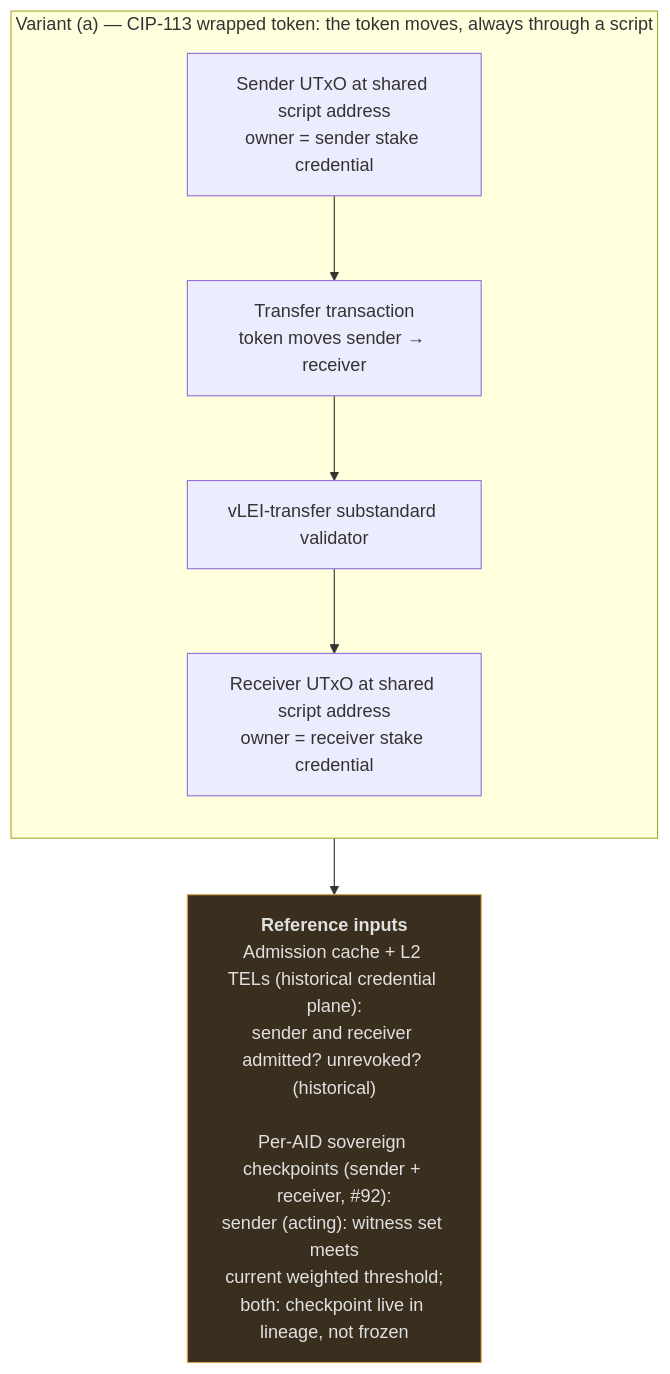
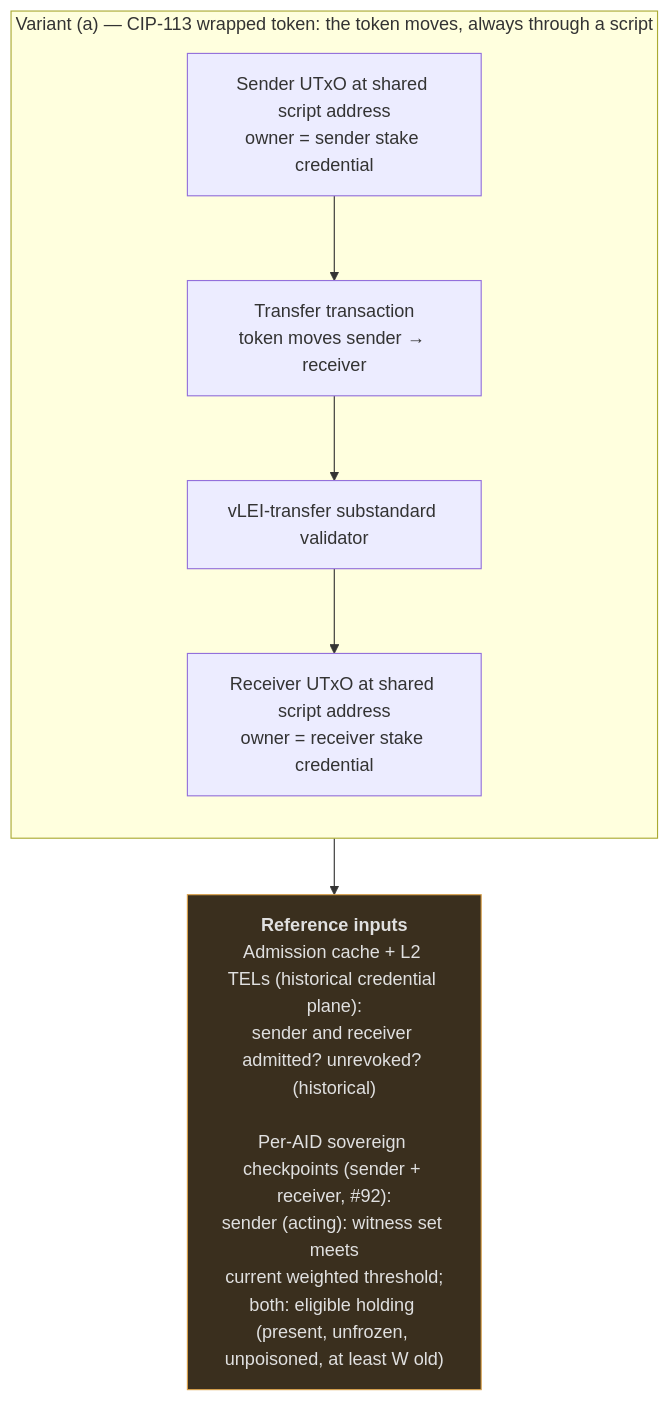
The first of 2 diagrams in docs/design/business-cases/security-tokens.md (lambdasistemi/cardano-keri), drawn with Mermaid before and after one commit. The commit also changed other lines of this file and 64 other files, not shown here.

First line of the commit message:
docs: align the design and architecture pages with the accepted model

````diff
--- a/docs/design/business-cases/security-tokens.md
+++ b/docs/design/business-cases/security-tokens.md
@@ -199,15 +196,15 @@
 ```mermaid
 flowchart TB
     subgraph VA["Variant (a) — CIP-113 wrapped token: the token moves, always through a script"]
         direction TB
         SU["Sender UTxO at shared script address<br/>owner = sender stake credential"]
         TXA["Transfer transaction<br/>token moves sender → receiver"]
         SV["vLEI-transfer substandard validator"]
         RU["Receiver UTxO at shared script address<br/>owner = receiver stake credential"]
         SU --> TXA --> SV --> RU
     end
-    REFS["<b>Reference inputs</b><br/>Admission cache + L2 TELs (historical credential plane):<br/>sender and receiver admitted? unrevoked? (historical)<br/><br/>Per-AID sovereign checkpoints (sender + receiver, #92):<br/>sender (acting): witness set meets<br/>current weighted threshold#59;<br/>both: checkpoint live in lineage, not frozen"]
+    REFS["<b>Reference inputs</b><br/>Admission cache + L2 TELs (historical credential plane):<br/>sender and receiver admitted? unrevoked? (historical)<br/><br/>Per-AID sovereign checkpoints (sender + receiver, #92):<br/>sender (acting): witness set meets<br/>current weighted threshold#59;<br/>both: eligible holding (present, unfrozen, unpoisoned, at least W old)"]
     VA --> REFS
 
     style REFS fill:#3a2f1e,stroke:#d9a04a,color:#e0e0e0
 ```
````
